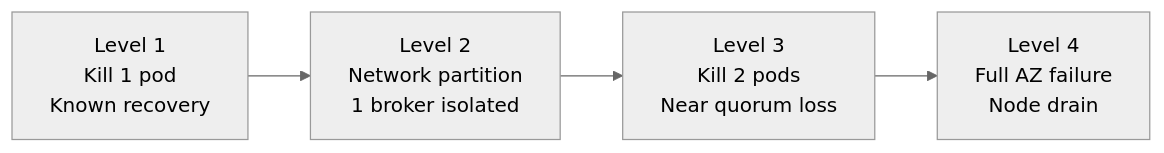
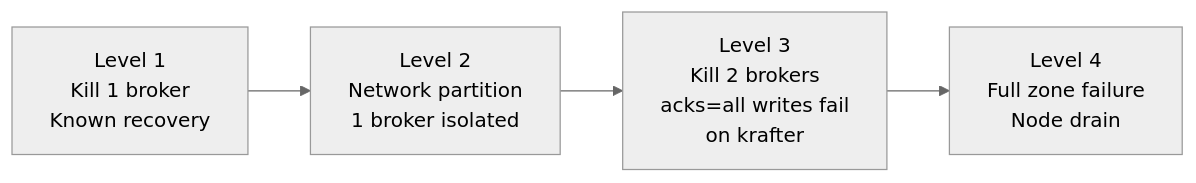
The third of 8 diagrams in docs/book/06-chaos-theory.md (actions-marketplace-validations/bmscomp_kates), drawn with Mermaid (neutral theme) before and after one commit. The commit also changed other lines of this file and 2 other files, not shown here.

First line of the commit message:
docs(book): one home for fault injection and the safety guard in Part III (#226)

````diff
--- a/docs/book/06-chaos-theory.md
+++ b/docs/book/06-chaos-theory.md
@@ -119,4 +121,7 @@
 ```mermaid
+%%| label: fig-chaos-escalation
+%%| fig-cap: "Escalate one rung at a time: from one broker with a known recovery, to two brokers, to a whole zone."
+%%| fig-alt: "Four levels left to right. Level 1: kill 1 broker, with a known recovery. Level 2: a network partition that isolates 1 broker. Level 3: kill 2 brokers, where acks=all writes fail on the krafter Kafka cluster, whose min.insync.replicas is 2. Level 4: a full zone failure, by node drain."
 graph LR
-    L1["Level 1<br/>Kill 1 pod<br/>Known recovery"] --> L2["Level 2<br/>Network partition<br/>1 broker isolated"] --> L3["Level 3<br/>Kill 2 pods<br/>Near quorum loss"] --> L4["Level 4<br/>Full AZ failure<br/>Node drain"]
+    L1["Level 1<br/>Kill 1 broker<br/>Known recovery"] --> L2["Level 2<br/>Network partition<br/>1 broker isolated"] --> L3["Level 3<br/>Kill 2 brokers<br/>acks=all writes fail<br/>on krafter"] --> L4["Level 4<br/>Full zone failure<br/>Node drain"]
 ```
````
